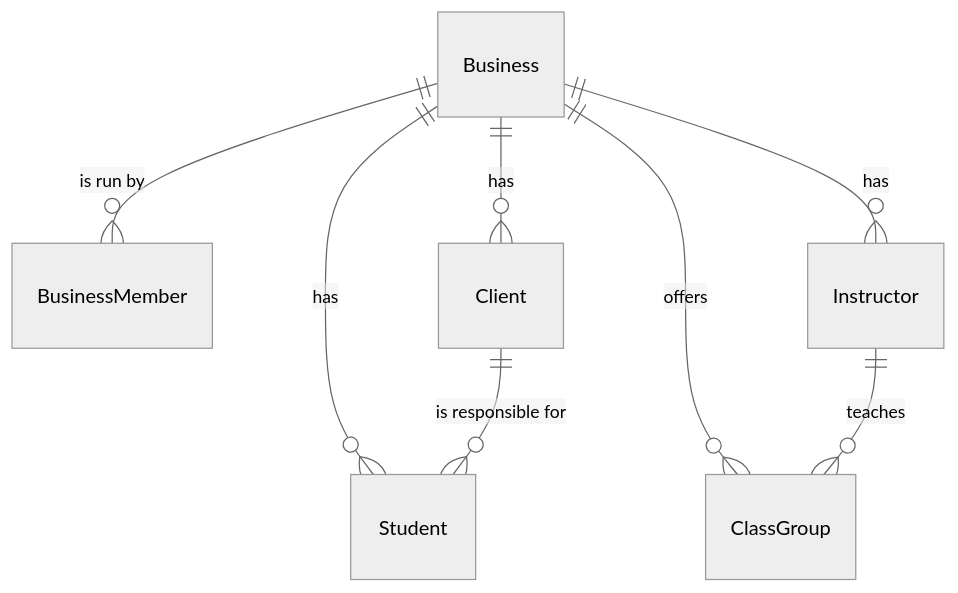
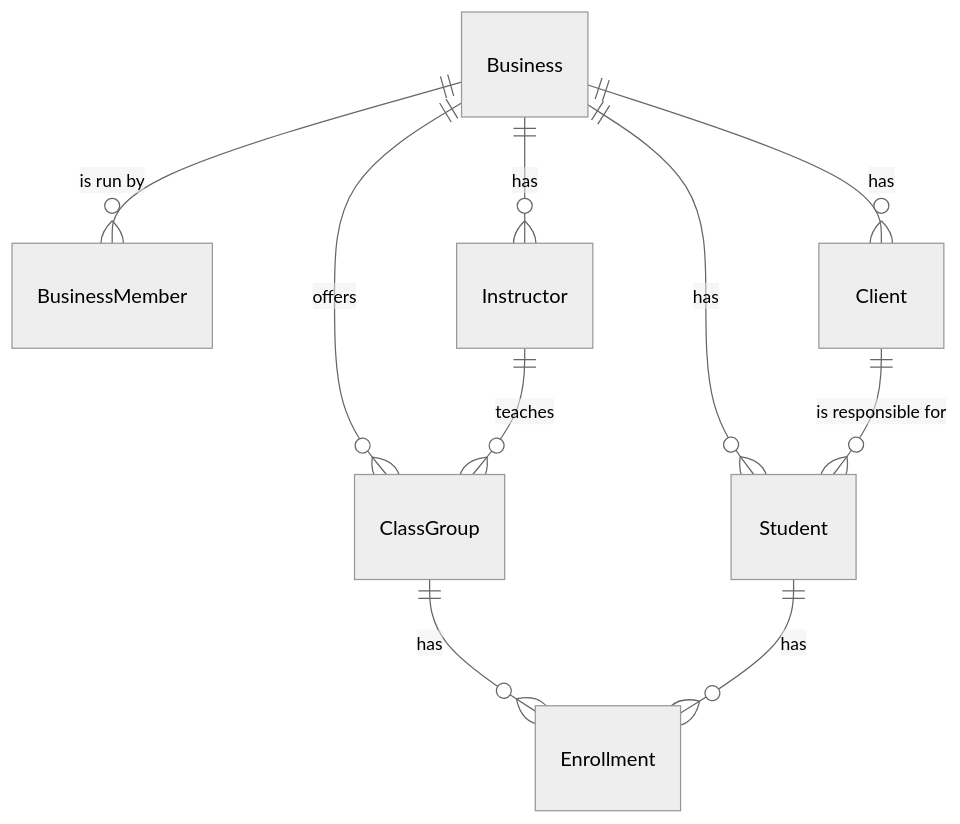
Before and after one commit to alejandrolazarte/class-manager: the diagram in docs/backend/domain-model.md, drawn with Mermaid (neutral theme). The commit also changed other lines of this file and 52 other files, not shown here.

````diff
--- a/docs/backend/domain-model.md
+++ b/docs/backend/domain-model.md
@@ -15,10 +15,12 @@
 ```mermaid
 erDiagram
     Business ||--o{ BusinessMember : "is run by"
     Business ||--o{ Client : has
     Business ||--o{ Student : has
     Client ||--o{ Student : "is responsible for"
     Business ||--o{ Instructor : has
     Business ||--o{ ClassGroup : offers
     Instructor ||--o{ ClassGroup : teaches
+    ClassGroup ||--o{ Enrollment : has
+    Student ||--o{ Enrollment : has
 ```
````
